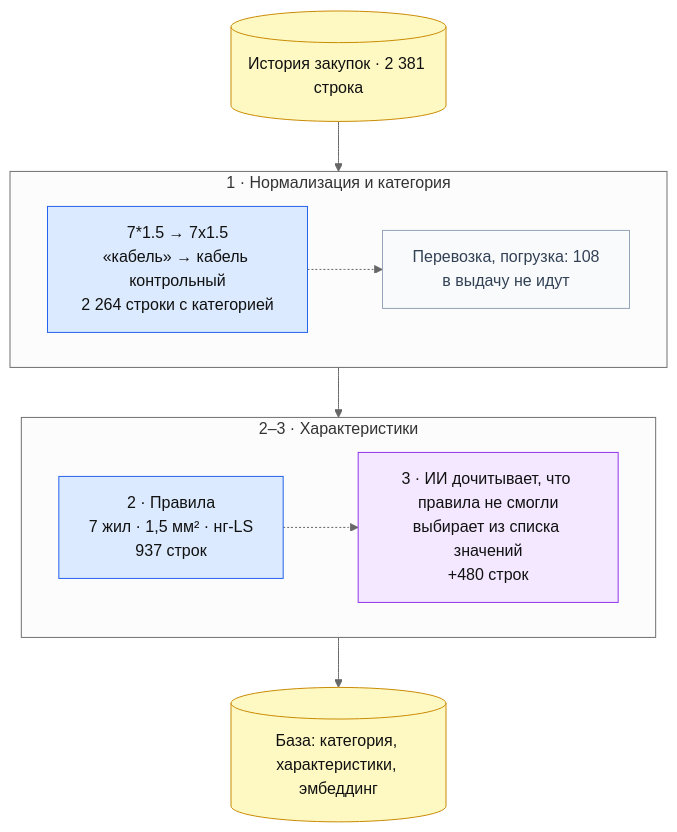
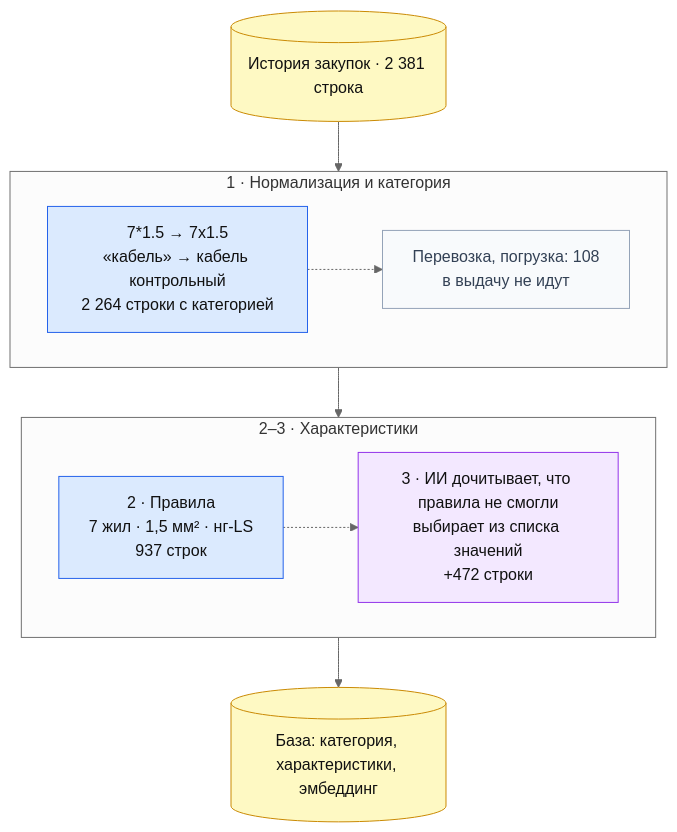
The first of 4 diagrams in ARCHITECTURE.md (WebVictory/mosaix), drawn with Mermaid (neutral theme) before and after one commit. The commit also changed other lines of this file and 6 other files, not shown here.

````diff
--- a/ARCHITECTURE.md
+++ b/ARCHITECTURE.md
@@ -34,27 +34,27 @@
 ```mermaid
 flowchart TB
     classDef code fill:#dbeafe,stroke:#2563eb,color:#111
     classDef ai fill:#f3e8ff,stroke:#9333ea,color:#111
     classDef data fill:#fef9c3,stroke:#ca8a04,color:#111
     classDef side fill:#f8fafc,stroke:#94a3b8,color:#334155
 
     B0[("История закупок · 2 381 строка")]:::data
 
     subgraph R1["1 · Нормализация и категория"]
         direction LR
         B1["7*1.5 → 7x1.5<br/>«кабель» → кабель контрольный<br/>2 264 строки с категорией"]:::code
         JUNK["Перевозка, погрузка: 108<br/>в выдачу не идут"]:::side
         B1 -.-> JUNK
     end
 
     subgraph R2["2–3 · Характеристики"]
         direction LR
         B2["2 · Правила<br/>7 жил · 1,5 мм² · нг-LS<br/>937 строк"]:::code
-        B3["3 · ИИ дочитывает, что правила не смогли<br/>выбирает из списка значений<br/>+480 строк"]:::ai
+        B3["3 · ИИ дочитывает, что правила не смогли<br/>выбирает из списка значений<br/>+472 строки"]:::ai
         B2 -.-> B3
     end
 
     DB[("База: категория, характеристики, эмбеддинг")]:::data
 
     B0 --> R1 --> R2 --> DB
 ```
````
